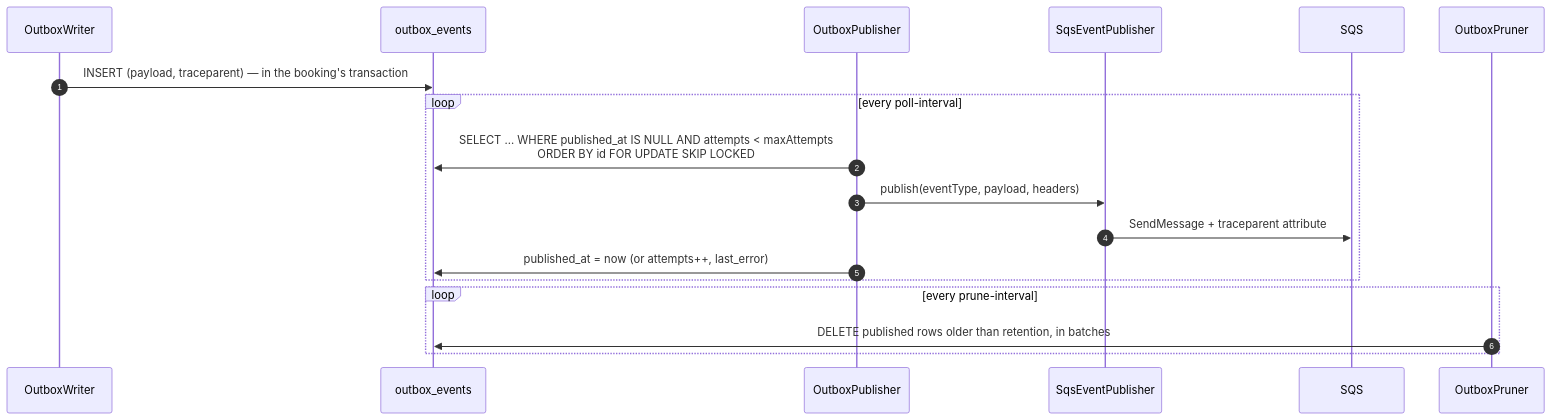
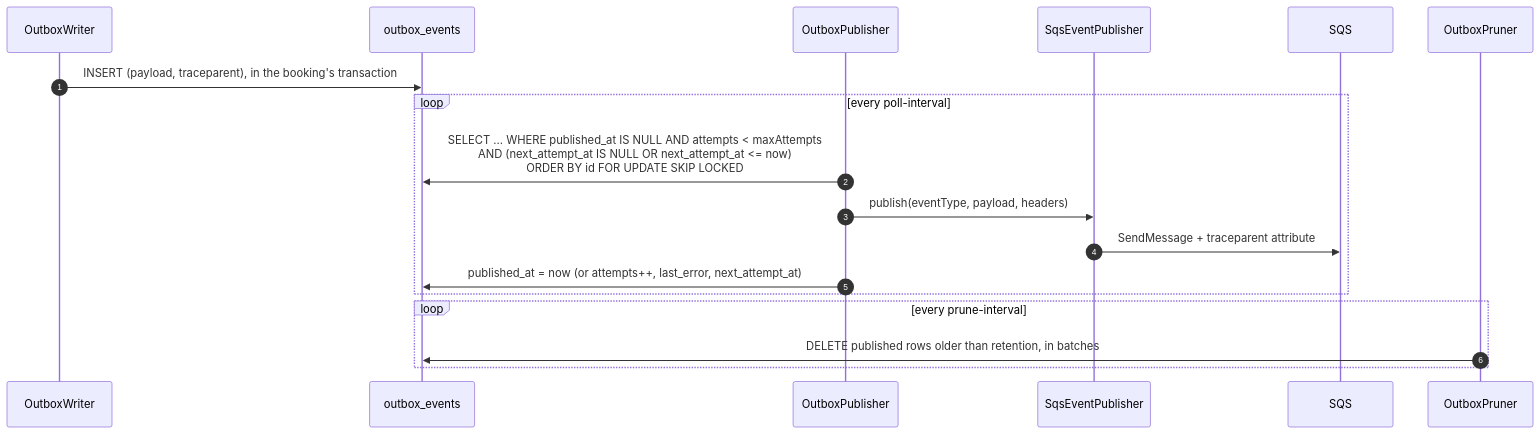
One commit to smit-lakhani-13/flight-ops-services changed the third of 7 diagrams in ARCHITECTURE.md. Above: the diagram before and after it, drawn with Mermaid. The commit also changed other lines of this file and 22 other files, not shown here.

````diff
--- a/ARCHITECTURE.md
+++ b/ARCHITECTURE.md
@@ -222,21 +235,21 @@
 ```mermaid
 sequenceDiagram
     autonumber
     participant W as OutboxWriter
     participant DB as outbox_events
     participant P as OutboxPublisher
     participant Pub as SqsEventPublisher
     participant Q as SQS
     participant Pr as OutboxPruner
 
-    W->>DB: INSERT (payload, traceparent) — in the booking's transaction
+    W->>DB: INSERT (payload, traceparent), in the booking's transaction
     loop every poll-interval
-        P->>DB: SELECT ... WHERE published_at IS NULL AND attempts < maxAttempts<br/>ORDER BY id FOR UPDATE SKIP LOCKED
+        P->>DB: SELECT ... WHERE published_at IS NULL AND attempts < maxAttempts<br/>AND (next_attempt_at IS NULL OR next_attempt_at <= now)<br/>ORDER BY id FOR UPDATE SKIP LOCKED
         P->>Pub: publish(eventType, payload, headers)
         Pub->>Q: SendMessage + traceparent attribute
-        P->>DB: published_at = now  (or attempts++, last_error)
+        P->>DB: published_at = now  (or attempts++, last_error, next_attempt_at)
     end
     loop every prune-interval
         Pr->>DB: DELETE published rows older than retention, in batches
     end
 ```
````
